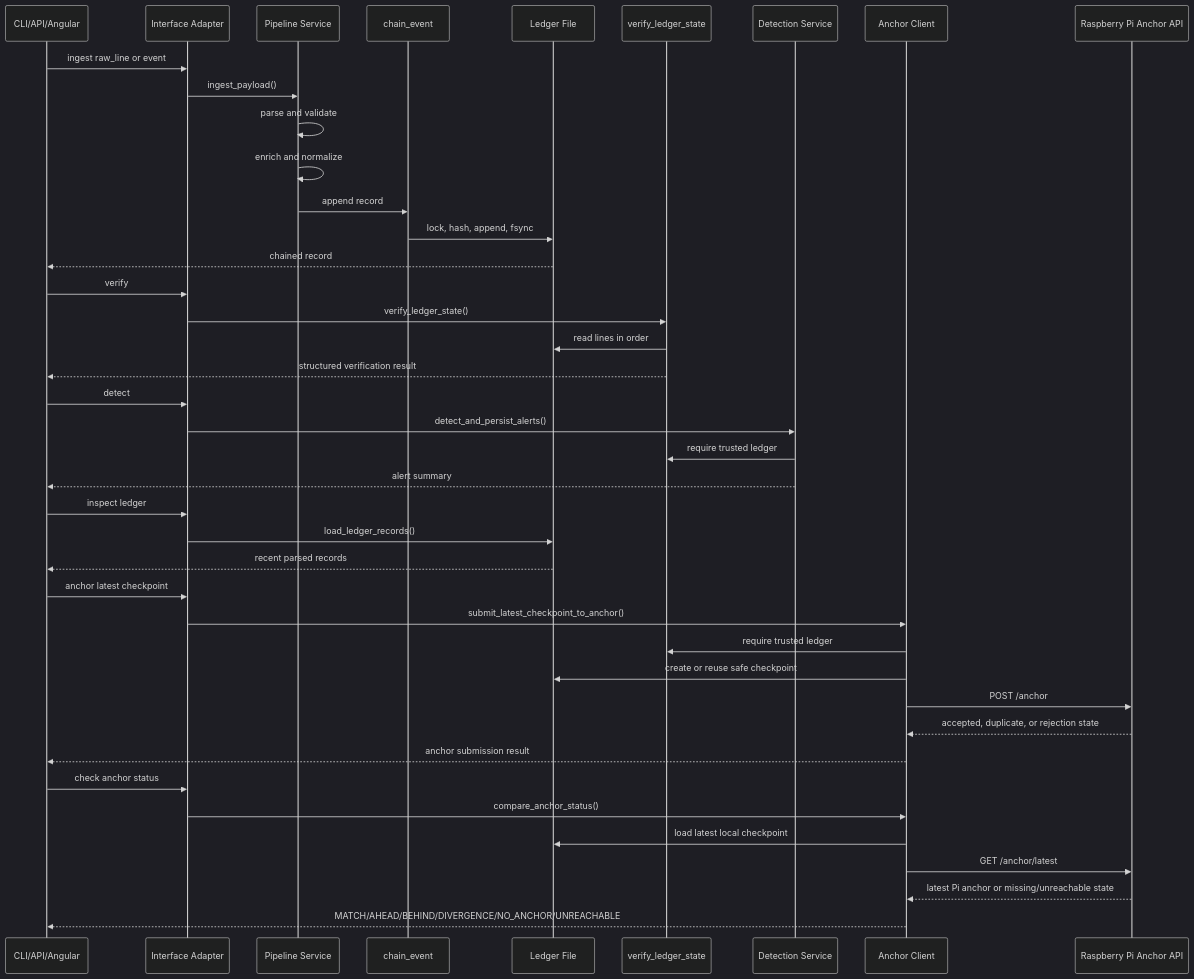
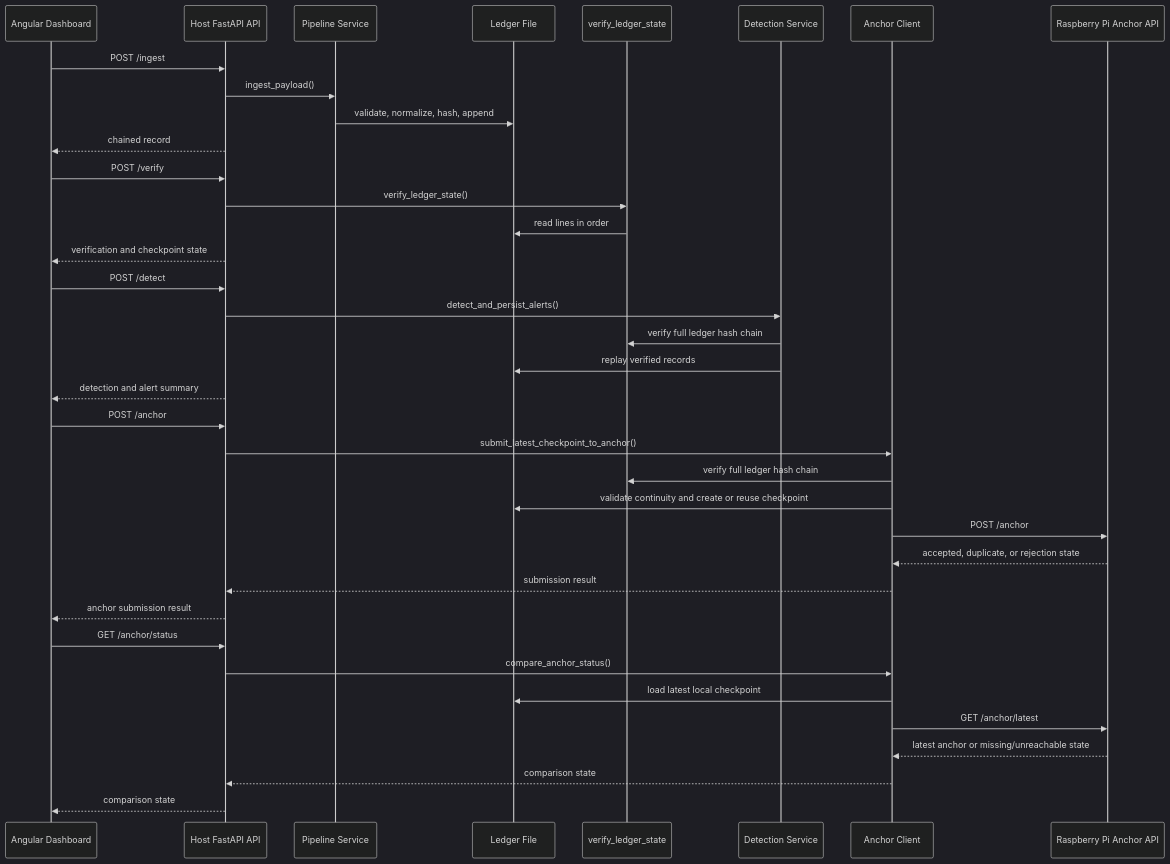
The second of 3 diagrams in docs/ARCHITECTURE.md (parthrohit22/kalyx), drawn with Mermaid (dark theme) before and after one commit. The commit also changed other lines of this file and 12 other files, not shown here.

````diff
--- a/docs/ARCHITECTURE.md
+++ b/docs/ARCHITECTURE.md
@@ -235,49 +237,44 @@
 ```mermaid
 sequenceDiagram
-    participant Client as CLI/API/Angular
-    participant API as Interface Adapter
+    participant Angular as Angular Dashboard
+    participant API as Host FastAPI API
     participant Pipeline as Pipeline Service
-    participant Chain as chain_event
     participant Ledger as Ledger File
     participant Verify as verify_ledger_state
     participant Detect as Detection Service
     participant AnchorClient as Anchor Client
     participant Pi as Raspberry Pi Anchor API
 
-    Client->>API: ingest raw_line or event
+    Angular->>API: POST /ingest
     API->>Pipeline: ingest_payload()
-    Pipeline->>Pipeline: parse and validate
-    Pipeline->>Pipeline: enrich and normalize
-    Pipeline->>Chain: append record
-    Chain->>Ledger: lock, hash, append, fsync
-    Ledger-->>Client: chained record
+    Pipeline->>Ledger: validate, normalize, hash, append
+    API-->>Angular: chained record
 
-    Client->>API: verify
+    Angular->>API: POST /verify
     API->>Verify: verify_ledger_state()
     Verify->>Ledger: read lines in order
-    Verify-->>Client: structured verification result
+    API-->>Angular: verification and checkpoint state
 
-    Client->>API: detect
+    Angular->>API: POST /detect
     API->>Detect: detect_and_persist_alerts()
-    Detect->>Verify: require trusted ledger
-    Detect-->>Client: alert summary
+    Detect->>Verify: verify full ledger hash chain
+    Detect->>Ledger: replay verified records
+    API-->>Angular: detection and alert summary
 
-    Client->>API: inspect ledger
-    API->>Ledger: load_ledger_records()
-    Ledger-->>Client: recent parsed records
-
-    Client->>API: anchor latest checkpoint
+    Angular->>API: POST /anchor
     API->>AnchorClient: submit_latest_checkpoint_to_anchor()
-    AnchorClient->>Verify: require trusted ledger
-    AnchorClient->>Ledger: create or reuse safe checkpoint
+    AnchorClient->>Verify: verify full ledger hash chain
+    AnchorClient->>Ledger: validate continuity and create or reuse checkpoint
     AnchorClient->>Pi: POST /anchor
     Pi-->>AnchorClient: accepted, duplicate, or rejection state
-    AnchorClient-->>Client: anchor submission result
+    AnchorClient-->>API: submission result
+    API-->>Angular: anchor submission result
 
-    Client->>API: check anchor status
+    Angular->>API: GET /anchor/status
     API->>AnchorClient: compare_anchor_status()
     AnchorClient->>Ledger: load latest local checkpoint
     AnchorClient->>Pi: GET /anchor/latest
-    Pi-->>AnchorClient: latest Pi anchor or missing/unreachable state
-    AnchorClient-->>Client: MATCH/AHEAD/BEHIND/DIVERGENCE/NO_ANCHOR/UNREACHABLE
+    Pi-->>AnchorClient: latest anchor or missing/unreachable state
+    AnchorClient-->>API: comparison state
+    API-->>Angular: comparison state
 ```
````
